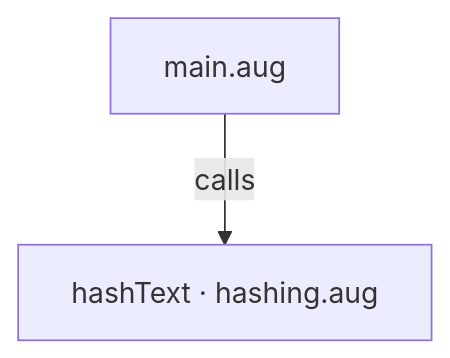
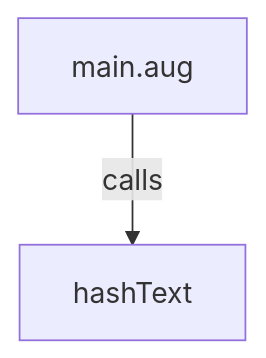
Before and after one commit to GreenPandaStudios/augscript: the first of 2 diagrams in docs/examples/native-blake3/main-diagrams.md, drawn with Mermaid. The commit also changed other lines of this file and 524 other files, not shown here.

Commit message:
Explain checked data flow at folder and service levels

````diff
--- a/docs/examples/native-blake3/main-diagrams.md
+++ b/docs/examples/native-blake3/main-diagrams.md
@@ -23,6 +20,6 @@
 ```mermaid
 flowchart TD
-    n0["hashText · hashing.aug"]
+    n0["hashText"]
     n1["main.aug"]
     n1 -->|"calls"| n0
 ```
````
